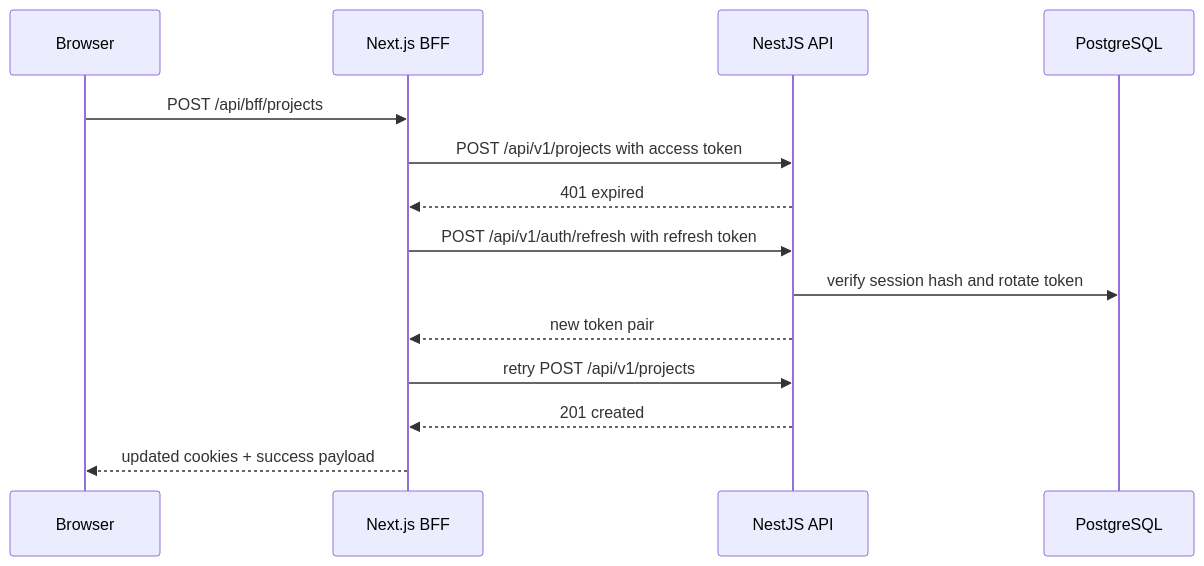
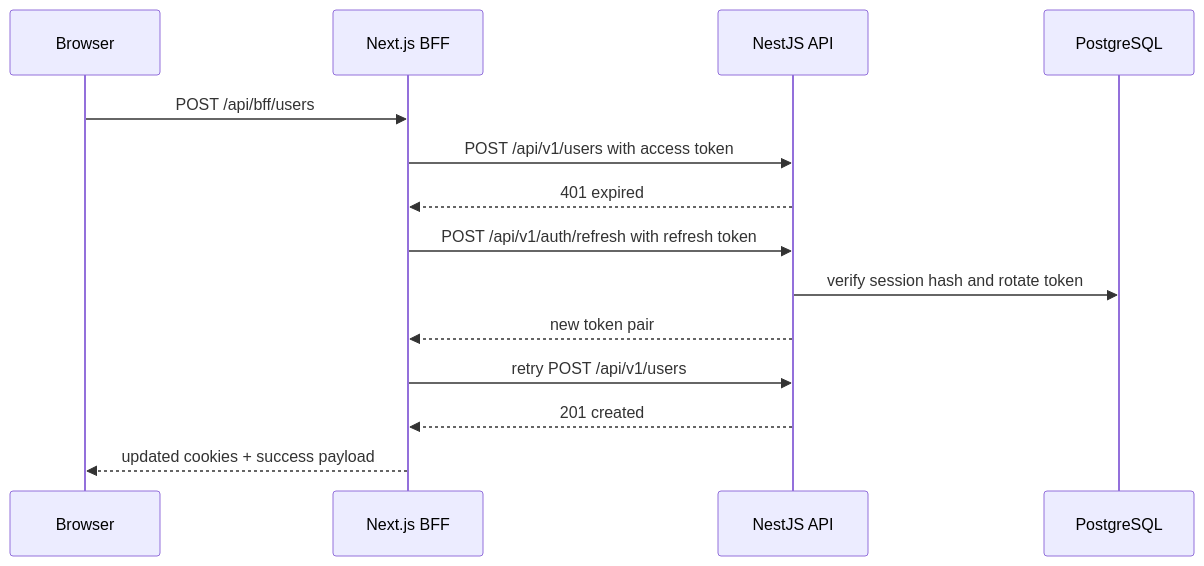
Before and after one commit to 2tsoftwareapp/super-template: the first of 2 diagrams in docs/authentication.md, drawn with Mermaid. The commit also changed other lines of this file and 23 other files, not shown here.

````diff
--- a/docs/authentication.md
+++ b/docs/authentication.md
@@ -48,17 +48,17 @@
 ```mermaid
 sequenceDiagram
   participant Browser
   participant BFF as Next.js BFF
   participant API as NestJS API
   participant DB as PostgreSQL
 
-  Browser->>BFF: POST /api/bff/projects
-  BFF->>API: POST /api/v1/projects with access token
+  Browser->>BFF: POST /api/bff/users
+  BFF->>API: POST /api/v1/users with access token
   API-->>BFF: 401 expired
   BFF->>API: POST /api/v1/auth/refresh with refresh token
   API->>DB: verify session hash and rotate token
   API-->>BFF: new token pair
-  BFF->>API: retry POST /api/v1/projects
+  BFF->>API: retry POST /api/v1/users
   API-->>BFF: 201 created
   BFF-->>Browser: updated cookies + success payload
 ```
````
